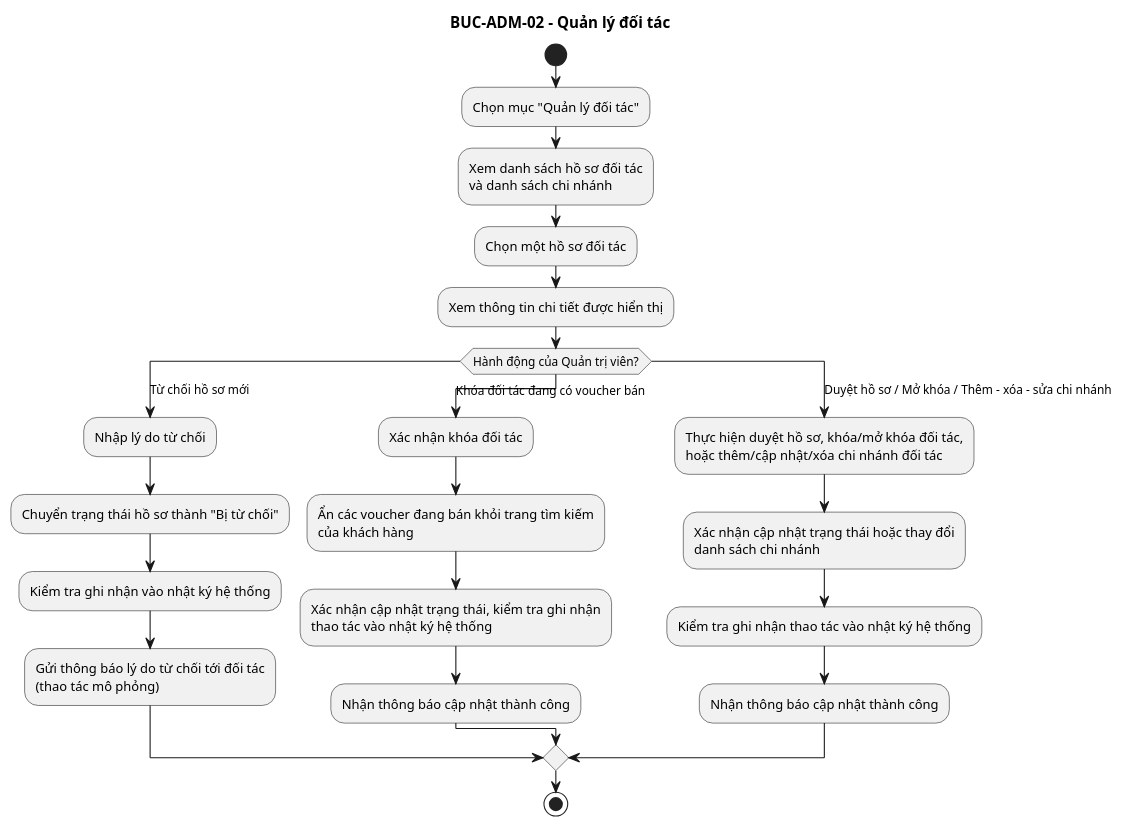
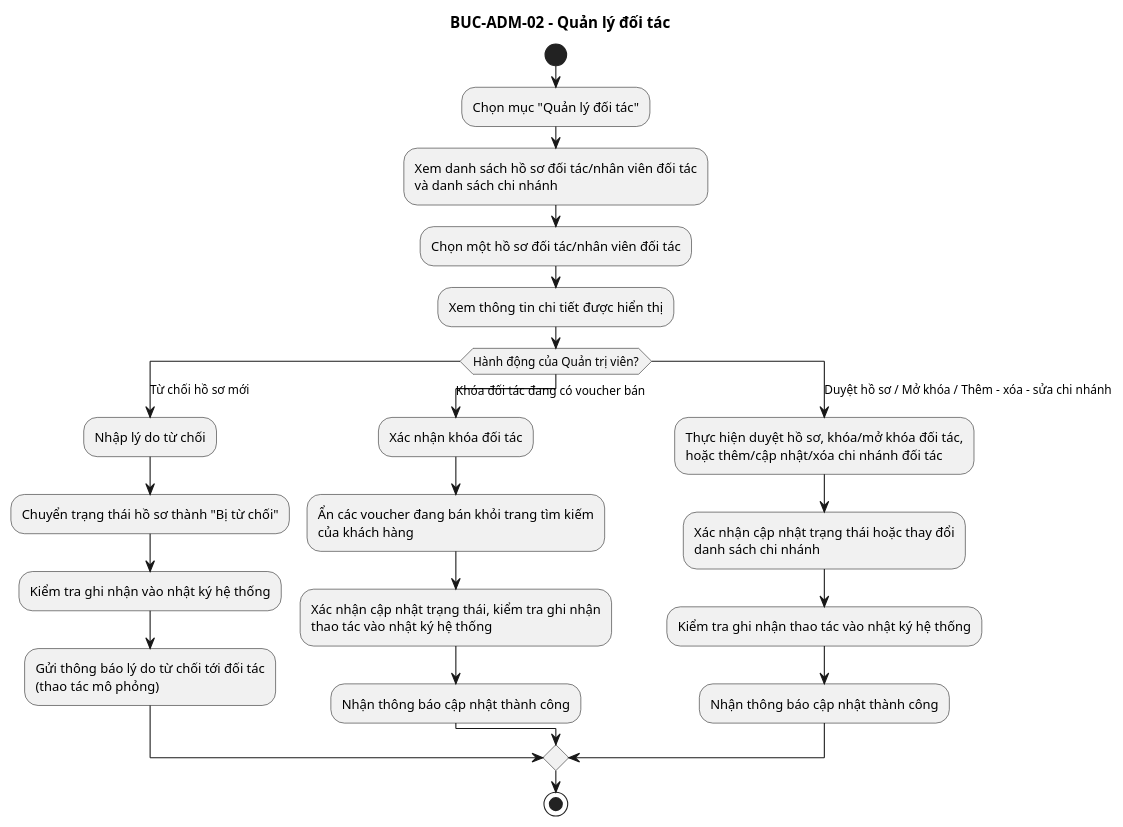
Before and after one commit to Ngo-The-Dat/e-voucher-system: the diagram in doc/activity/QTV/QL_doi_tac.wsd, drawn with PlantUML.

Commit message:
refactor: modify acitivity diagram for admin

```diff
--- a/doc/activity/QTV/QL_doi_tac.wsd
+++ b/doc/activity/QTV/QL_doi_tac.wsd
@@ -1,37 +1,37 @@
 @startuml
 title BUC-ADM-02 - Quản lý đối tác
 
 start
 :Chọn mục "Quản lý đối tác";
-:Xem danh sách hồ sơ đối tác
+:Xem danh sách hồ sơ đối tác/nhân viên đối tác
 và danh sách chi nhánh;
-:Chọn một hồ sơ đối tác;
+:Chọn một hồ sơ đối tác/nhân viên đối tác;
 :Xem thông tin chi tiết được hiển thị;
 
 switch (Hành động của Quản trị viên?)
 case (Từ chối hồ sơ mới)
   :Nhập lý do từ chối;
   :Chuyển trạng thái hồ sơ thành "Bị từ chối";
   :Kiểm tra ghi nhận vào nhật ký hệ thống;
   :Gửi thông báo lý do từ chối tới đối tác
   (thao tác mô phỏng);
 
 case (Khóa đối tác đang có voucher bán)
   :Xác nhận khóa đối tác;
   :Ẩn các voucher đang bán khỏi trang tìm kiếm
   của khách hàng;
   :Xác nhận cập nhật trạng thái, kiểm tra ghi nhận
   thao tác vào nhật ký hệ thống;
   :Nhận thông báo cập nhật thành công;
 
 case (Duyệt hồ sơ / Mở khóa / Thêm - xóa - sửa chi nhánh)
   :Thực hiện duyệt hồ sơ, khóa/mở khóa đối tác,
   hoặc thêm/cập nhật/xóa chi nhánh đối tác;
   :Xác nhận cập nhật trạng thái hoặc thay đổi
   danh sách chi nhánh;
   :Kiểm tra ghi nhận thao tác vào nhật ký hệ thống;
   :Nhận thông báo cập nhật thành công;
 
 endswitch
 stop
 @enduml
```
